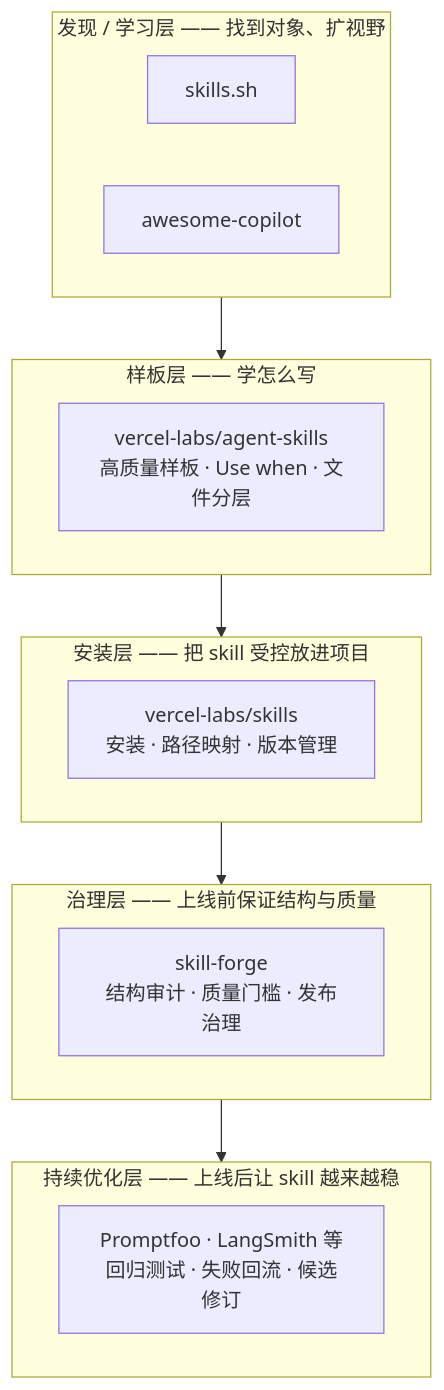
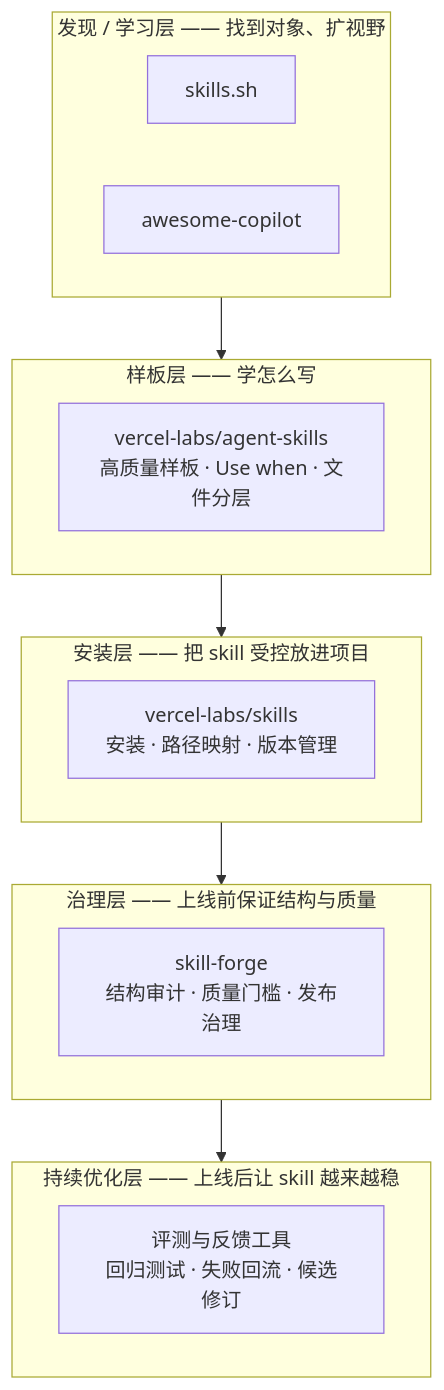
Before and after one commit to ethan-jiang-1/ai_dev_skill: the first of 4 diagrams in SKILL_FORGE/final_v1/00-Skill实践Playbook-从借鉴到持续演进.md, drawn with Mermaid. The commit also changed other lines of this file and 7 other files, not shown here.

````diff
--- a/SKILL_FORGE/final_v1/00-Skill实践Playbook-从借鉴到持续演进.md
+++ b/SKILL_FORGE/final_v1/00-Skill实践Playbook-从借鉴到持续演进.md
@@ -179,23 +180,23 @@
 ```mermaid
 flowchart TB
     subgraph top ["持续优化层 —— 上线后让 skill 越来越稳"]
-        F["Promptfoo · LangSmith 等\n回归测试 · 失败回流 · 候选修订"]
+        F["评测与反馈工具\n回归测试 · 失败回流 · 候选修订"]
     end
     subgraph gov ["治理层 —— 上线前保证结构与质量"]
         E["skill-forge\n结构审计 · 质量门槛 · 发布治理"]
     end
     subgraph inst ["安装层 —— 把 skill 受控放进项目"]
         D["vercel-labs/skills\n安装 · 路径映射 · 版本管理"]
     end
     subgraph tmpl ["样板层 —— 学怎么写"]
         C["vercel-labs/agent-skills\n高质量样板 · Use when · 文件分层"]
     end
     subgraph disc ["发现 / 学习层 —— 找到对象、扩视野"]
         A["skills.sh"]
         B["awesome-copilot"]
     end
     disc --> tmpl
     tmpl --> inst
     inst --> gov
     gov --> top
 ```
````
